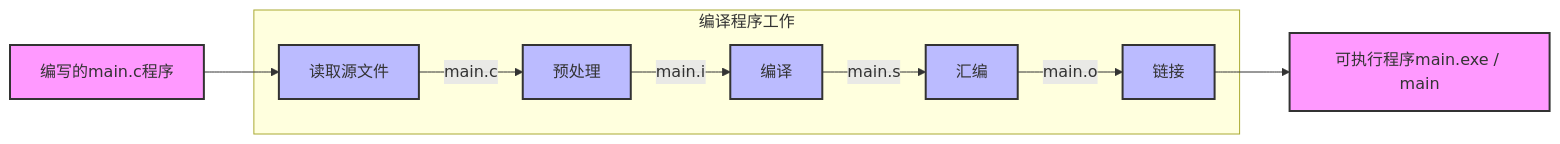
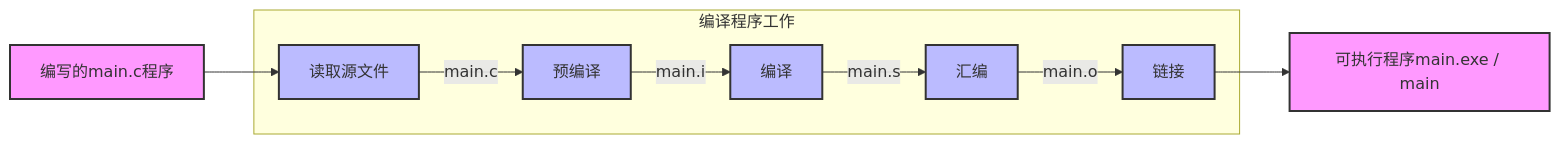
Before and after one commit to Chenpeel/Chenpeel.github.io: the diagram in docs/cs/basic/c_cpp/0x00.md, drawn with Mermaid. The commit also changed other lines of this file and 2 other files, not shown here.

````diff
--- a/docs/cs/basic/c_cpp/0x00.md
+++ b/docs/cs/basic/c_cpp/0x00.md
@@ -13,19 +15,19 @@
 ```mermaid
 graph LR;
     A[编写的main.c程序] --> B[读取源文件]
     subgraph 编译程序工作
-    B -->|main.c| C[预处理]
+    B -->|main.c| C[预编译]
     C -->|main.i| D[编译]
     D -->|main.s| E[汇编]
     E -->|main.o| F[链接]
     end
     F --> G[可执行程序main.exe / main]
 
     style A fill:#f9f,stroke:#333,stroke-width:2px;
     style B fill:#bbf,stroke:#333,stroke-width:2px;
     style C fill:#bbf,stroke:#333,stroke-width:2px;
     style D fill:#bbf,stroke:#333,stroke-width:2px;
     style E fill:#bbf,stroke:#333,stroke-width:2px;
     style F fill:#bbf,stroke:#333,stroke-width:2px;
     style G fill:#f9f,stroke:#333,stroke-width:2px;
 ```
````
